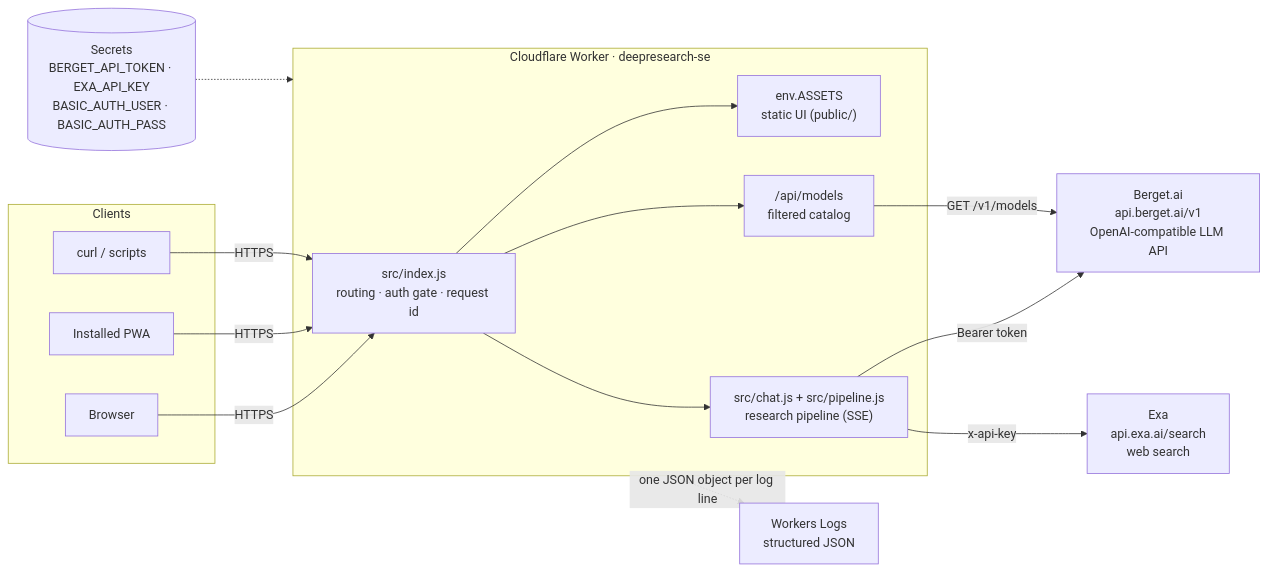
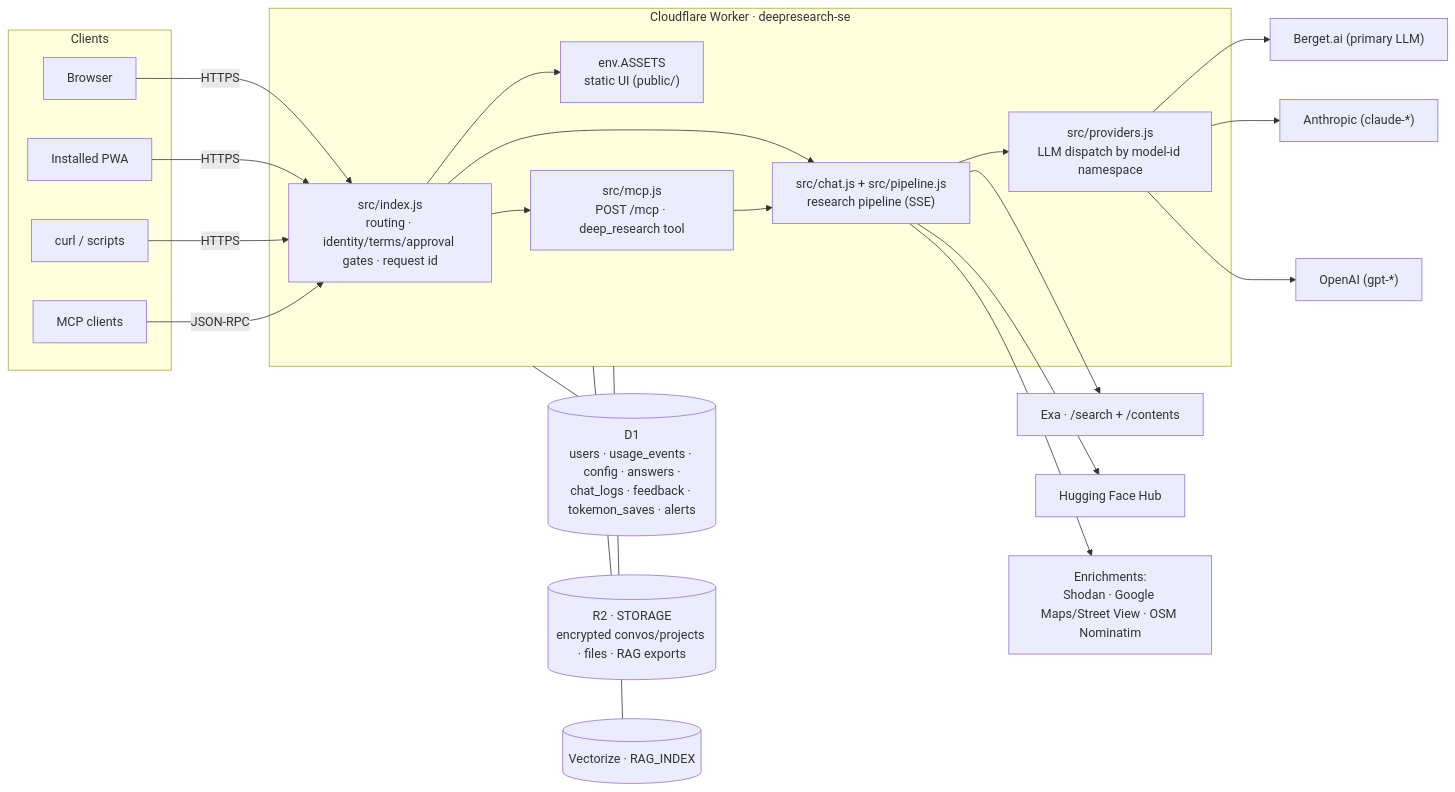
Before and after one commit to kristerhedfors/Deepresearch.se: the first of 2 diagrams in docs/ARCHITECTURE.md, drawn with Mermaid. The commit also changed other lines of this file and 3 other files, not shown here.

First line of the commit message:
docs: refresh architecture/README/roadmap/auth docs to current system

````diff
--- a/docs/ARCHITECTURE.md
+++ b/docs/ARCHITECTURE.md
@@ -34,30 +48,38 @@
 ```mermaid
 flowchart LR
     subgraph Clients
         B[Browser]
         P[Installed PWA]
         C[curl / scripts]
+        A2[MCP clients]
     end
 
     subgraph CF["Cloudflare Worker · deepresearch-se"]
-        IX["src/index.js<br/>routing · auth gate · request id"]
+        IX["src/index.js<br/>routing · identity/terms/approval gates · request id"]
         A["env.ASSETS<br/>static UI (public/)"]
         CH["src/chat.js + src/pipeline.js<br/>research pipeline (SSE)"]
-        M["/api/models<br/>filtered catalog"]
+        MC["src/mcp.js<br/>POST /mcp · deep_research tool"]
+        PR["src/providers.js<br/>LLM dispatch by model-id namespace"]
     end
 
-    S[("Secrets<br/>BERGET_API_TOKEN · EXA_API_KEY<br/>BASIC_AUTH_USER · BASIC_AUTH_PASS")]
-    BG["Berget.ai<br/>api.berget.ai/v1<br/>OpenAI-compatible LLM API"]
-    EX["Exa<br/>api.exa.ai/search<br/>web search"]
-    WL["Workers Logs<br/>structured JSON"]
+    D1[("D1<br/>users · usage_events · config · answers ·<br/>chat_logs · feedback · tokemon_saves · alerts")]
+    R2[("R2 · STORAGE<br/>encrypted convos/projects · files · RAG exports")]
+    VX[("Vectorize · RAG_INDEX")]
+    BG["Berget.ai (primary LLM)"]
+    AN["Anthropic (claude-*)"]
+    OA["OpenAI (gpt-*)"]
+    EX["Exa · /search + /contents"]
+    HF["Hugging Face Hub"]
+    EN["Enrichments:<br/>Shodan · Google Maps/Street View · OSM Nominatim"]
 
     B & P & C -->|HTTPS| IX
+    A2 -->|JSON-RPC| IX
     IX --> A
     IX --> CH
-    IX --> M
-    CH -->|"Bearer token"| BG
-    CH -->|"x-api-key"| EX
-    M -->|"GET /v1/models"| BG
-    S -.-> CF
-    CF -.->|one JSON object per log line| WL
+    IX --> MC
+    MC --> CH
+    CH --> PR
+    PR --> BG & AN & OA
+    CH --> EX & HF & EN
+    CF --- D1 & R2 & VX
 ```
````
